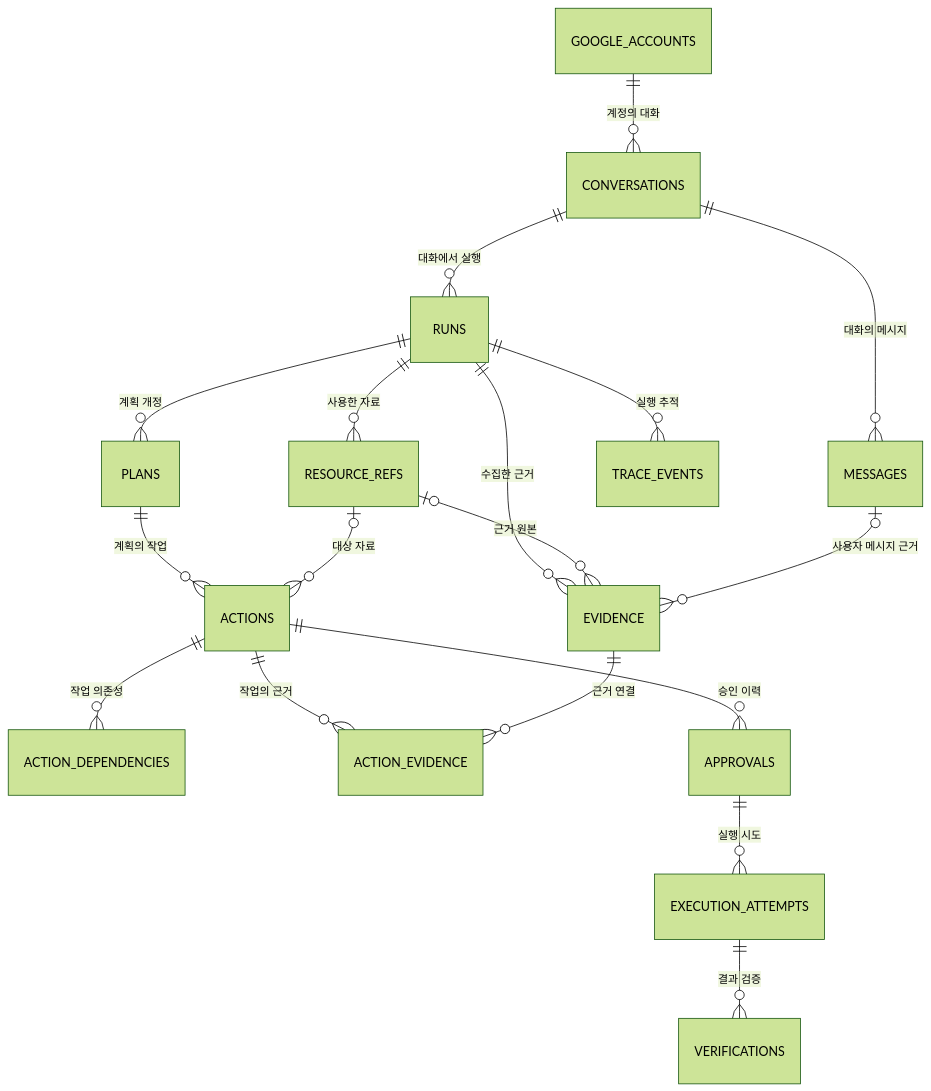
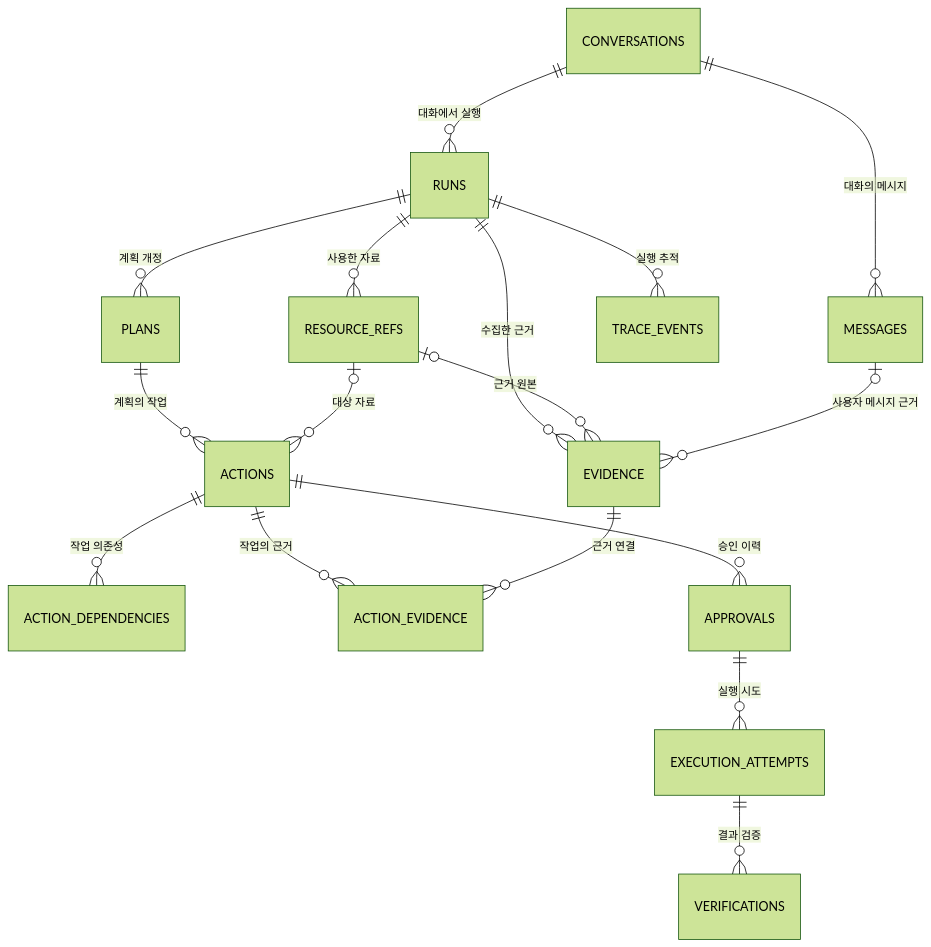
The diagram in docs/canonical/04-domain-database-design.md (solar-ai-dev/mcp-work-agent), drawn with Mermaid (forest theme) before and after one commit. The commit also changed other lines of this file and 11 other files, not shown here.

````diff
--- a/docs/canonical/04-domain-database-design.md
+++ b/docs/canonical/04-domain-database-design.md
@@ -182,20 +182,19 @@
 ```mermaid
 erDiagram
-    GOOGLE_ACCOUNTS ||--o{ CONVERSATIONS : "계정의 대화"
     CONVERSATIONS ||--o{ MESSAGES : "대화의 메시지"
     CONVERSATIONS ||--o{ RUNS : "대화에서 실행"
     RUNS ||--o{ PLANS : "계획 개정"
     RUNS ||--o{ RESOURCE_REFS : "사용한 자료"
     RUNS ||--o{ EVIDENCE : "수집한 근거"
     RUNS ||--o{ TRACE_EVENTS : "실행 추적"
     PLANS ||--o{ ACTIONS : "계획의 작업"
     ACTIONS ||--o{ ACTION_DEPENDENCIES : "작업 의존성"
     ACTIONS ||--o{ ACTION_EVIDENCE : "작업의 근거"
     EVIDENCE ||--o{ ACTION_EVIDENCE : "근거 연결"
     ACTIONS ||--o{ APPROVALS : "승인 이력"
     APPROVALS ||--o{ EXECUTION_ATTEMPTS : "실행 시도"
     EXECUTION_ATTEMPTS ||--o{ VERIFICATIONS : "결과 검증"
     RESOURCE_REFS o|--o{ ACTIONS : "대상 자료"
     RESOURCE_REFS o|--o{ EVIDENCE : "근거 원본"
     MESSAGES o|--o{ EVIDENCE : "사용자 메시지 근거"
 ```
````
